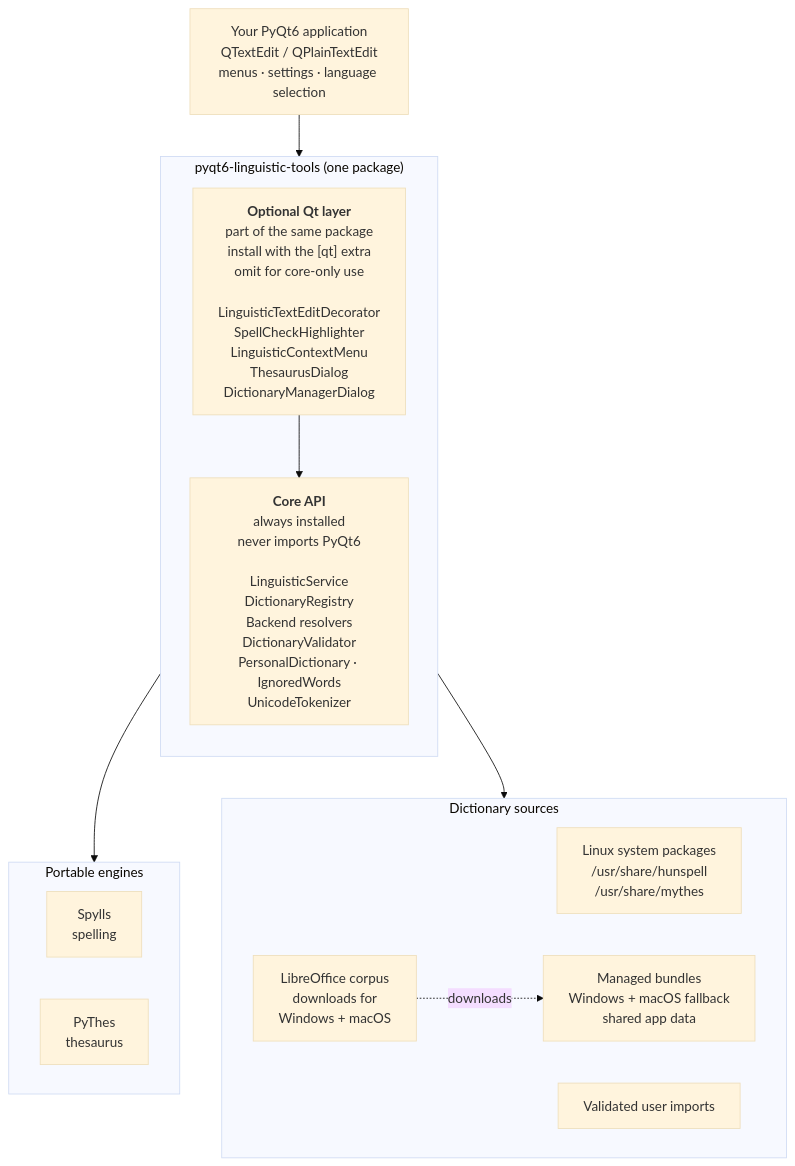
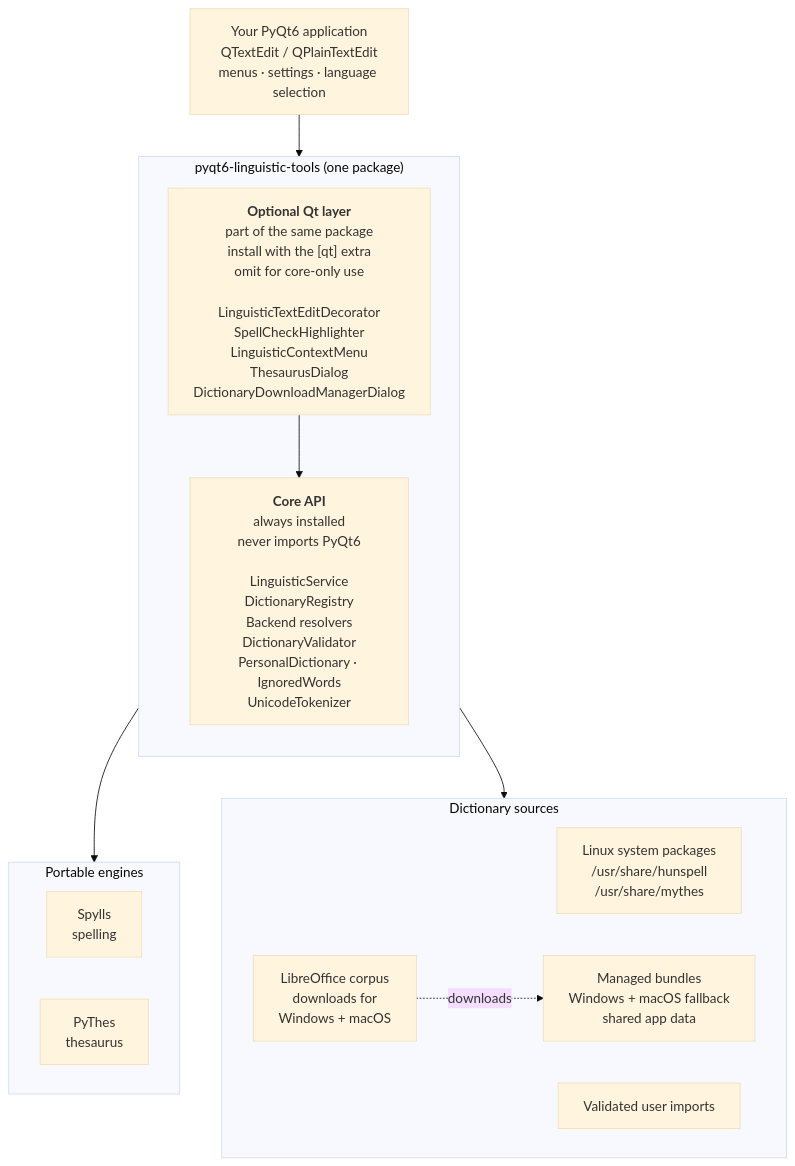
One commit to wachin/pyqt6-linguistic-tools changed the diagram in README.md. Above: the diagram before and after it, drawn with Mermaid (base theme). The commit also changed other lines of this file and 25 other files, not shown here.

First line of the commit message:
feat(download): add verified Dictionary Download Manager

````diff
--- a/README.md
+++ b/README.md
@@ -51,30 +58,30 @@
 ```mermaid
 flowchart TB
     App["Your PyQt6 application<br/>QTextEdit / QPlainTextEdit<br/>menus · settings · language selection"]
 
     subgraph Toolkit["pyqt6-linguistic-tools (one package)"]
         direction TB
-        Qt["<b>Optional Qt layer</b><br/>part of the same package<br/>install with the [qt] extra<br/>omit for core-only use<br/><br/>LinguisticTextEditDecorator<br/>SpellCheckHighlighter<br/>LinguisticContextMenu<br/>ThesaurusDialog<br/>DictionaryManagerDialog"]
+        Qt["<b>Optional Qt layer</b><br/>part of the same package<br/>install with the [qt] extra<br/>omit for core-only use<br/><br/>LinguisticTextEditDecorator<br/>SpellCheckHighlighter<br/>LinguisticContextMenu<br/>ThesaurusDialog<br/>DictionaryDownloadManagerDialog"]
         Core["<b>Core API</b><br/>always installed<br/>never imports PyQt6<br/><br/>LinguisticService<br/>DictionaryRegistry<br/>Backend resolvers<br/>DictionaryValidator<br/>PersonalDictionary · IgnoredWords<br/>UnicodeTokenizer"]
         Qt --> Core
     end
 
     subgraph Engines["Portable engines"]
         direction LR
         Spylls["Spylls<br/>spelling"]
         PyThes["PyThes<br/>thesaurus"]
     end
 
     subgraph Sources["Dictionary sources"]
         direction LR
         System["Linux system packages<br/>/usr/share/hunspell<br/>/usr/share/mythes"]
         Managed["Managed bundles<br/>Windows + macOS fallback<br/>shared app data"]
         User["Validated user imports"]
         Corpus["LibreOffice corpus<br/>downloads for<br/>Windows + macOS"]
     end
 
     App --> Toolkit
     Core --> Engines
     Core --> Sources
     Corpus -.->|downloads| Managed
 ```
````
